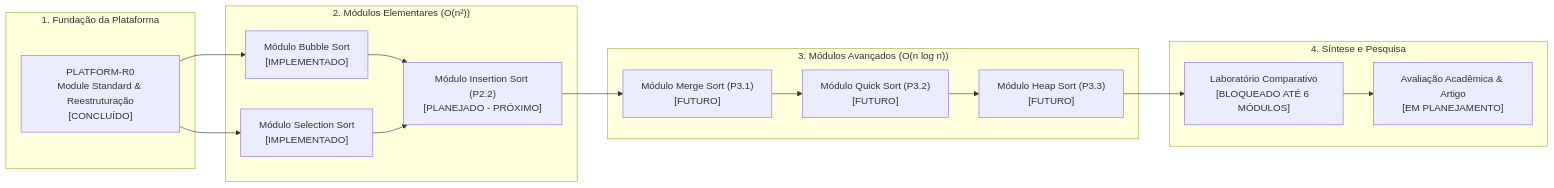
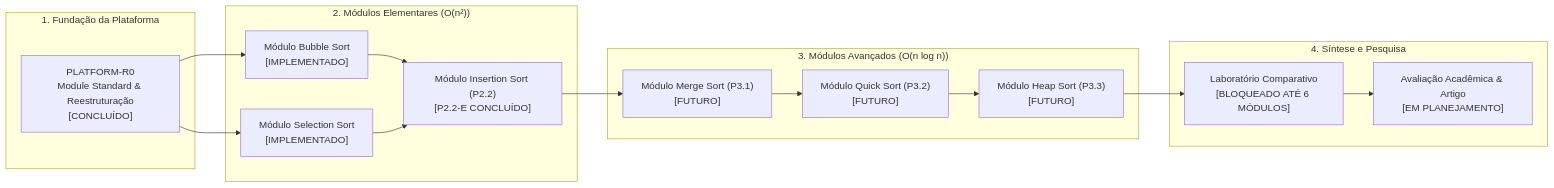
Before and after one commit to MarcosV22/ClickOrder: the diagram in docs/wiki/10-roadmap.md, drawn with Mermaid. The commit also changed other lines of this file and 34 other files, not shown here.

Commit message:
Commit:  P2.2-F Insertion Sort

````diff
--- a/docs/wiki/10-roadmap.md
+++ b/docs/wiki/10-roadmap.md
@@ -14,25 +14,25 @@
 ```mermaid
 flowchart LR
     subgraph Foundation ["1. Fundação da Plataforma"]
         R0["PLATFORM-R0\nModule Standard & Reestruturação\n[CONCLUÍDO]"]
     end
 
     subgraph Elementares ["2. Módulos Elementares (O(n²))"]
         M1["Módulo Bubble Sort\n[IMPLEMENTADO]"]
         M2["Módulo Selection Sort\n[IMPLEMENTADO]"]
-        M3["Módulo Insertion Sort (P2.2)\n[PLANEJADO - PRÓXIMO]"]
+        M3["Módulo Insertion Sort (P2.2)\n[P2.2-E CONCLUÍDO]"]
     end
 
     subgraph Avancados ["3. Módulos Avançados (O(n log n))"]
         M4["Módulo Merge Sort (P3.1)\n[FUTURO]"]
         M5["Módulo Quick Sort (P3.2)\n[FUTURO]"]
         M6["Módulo Heap Sort (P3.3)\n[FUTURO]"]
     end
 
     subgraph Culminacao ["4. Síntese e Pesquisa"]
         CL["Laboratório Comparativo\n[BLOQUEADO ATÉ 6 MÓDULOS]"]
         AC["Avaliação Acadêmica & Artigo\n[EM PLANEJAMENTO]"]
     end
 
     R0 --> M1 & M2 --> M3 --> M4 --> M5 --> M6 --> CL --> AC
 ```
````
